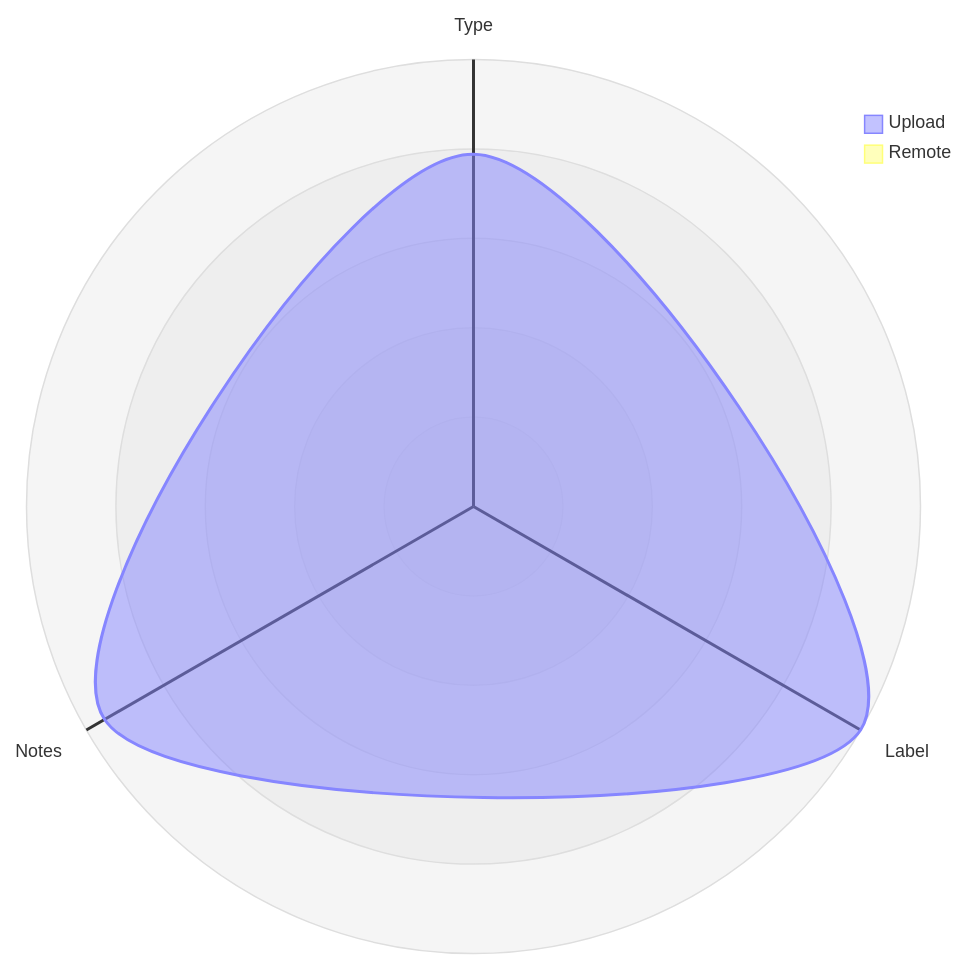
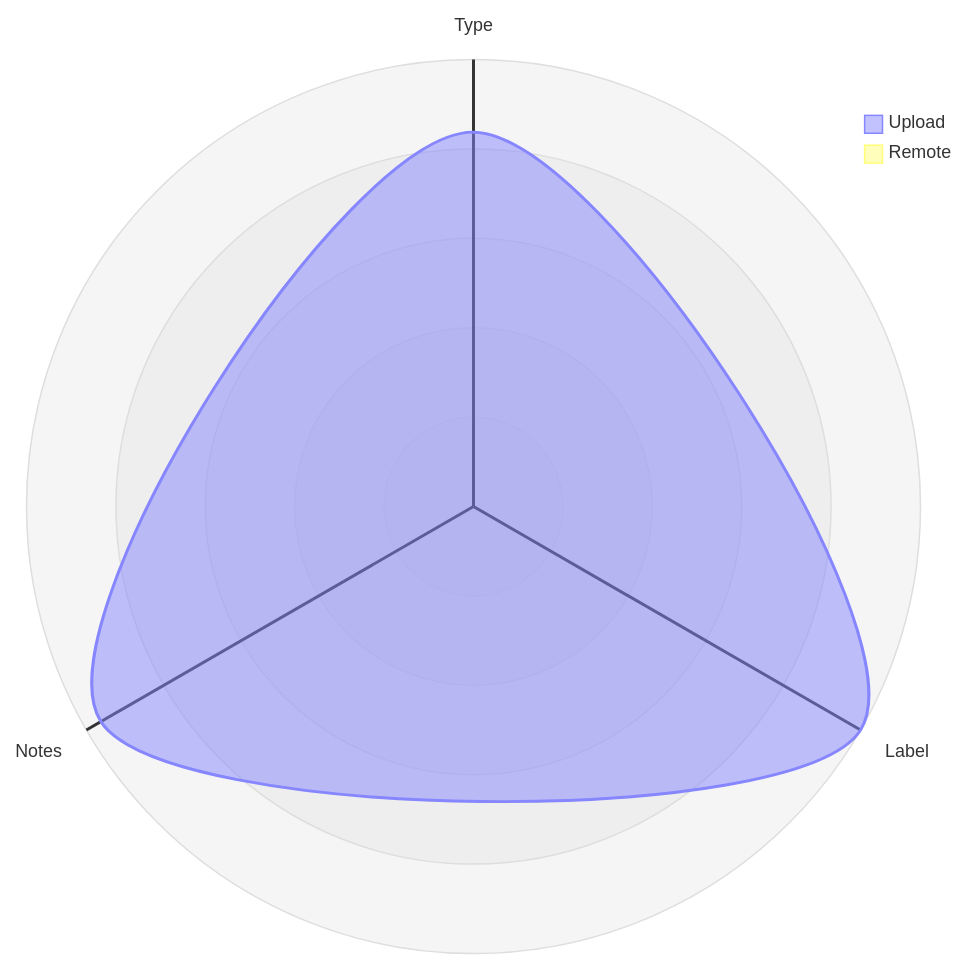
Before and after one commit to open-data/analytics-corporate-reporting: the third of 5 diagrams in datastore_tracker/README.md, drawn with Mermaid. The commit also changed other lines of this file and 12 other files, not shown here.

````diff
--- a/datastore_tracker/README.md
+++ b/datastore_tracker/README.md
@@ -105,12 +105,12 @@
 ```mermaid
 radar-beta
   axis T["Type"], L["Label"], N["Notes"]
-  curve u["Upload"]{0.00067, 0.00085, 0.00081}
+  curve u["Upload"]{0.00067, 0.0008, 0.00077}
   curve r["Remote"]{0, 0, 0}
 
   showLegend true
 
   min 0
   graticule circle
   ticks 5
 ```
````
